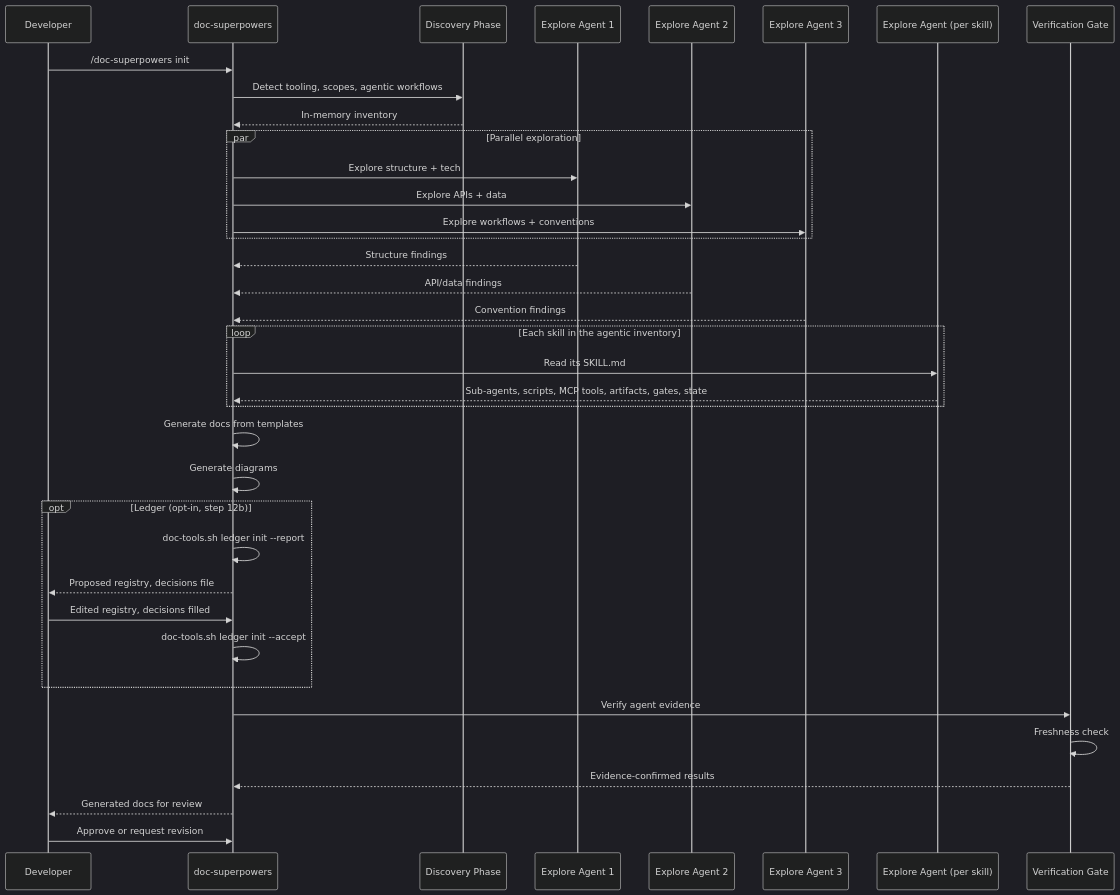
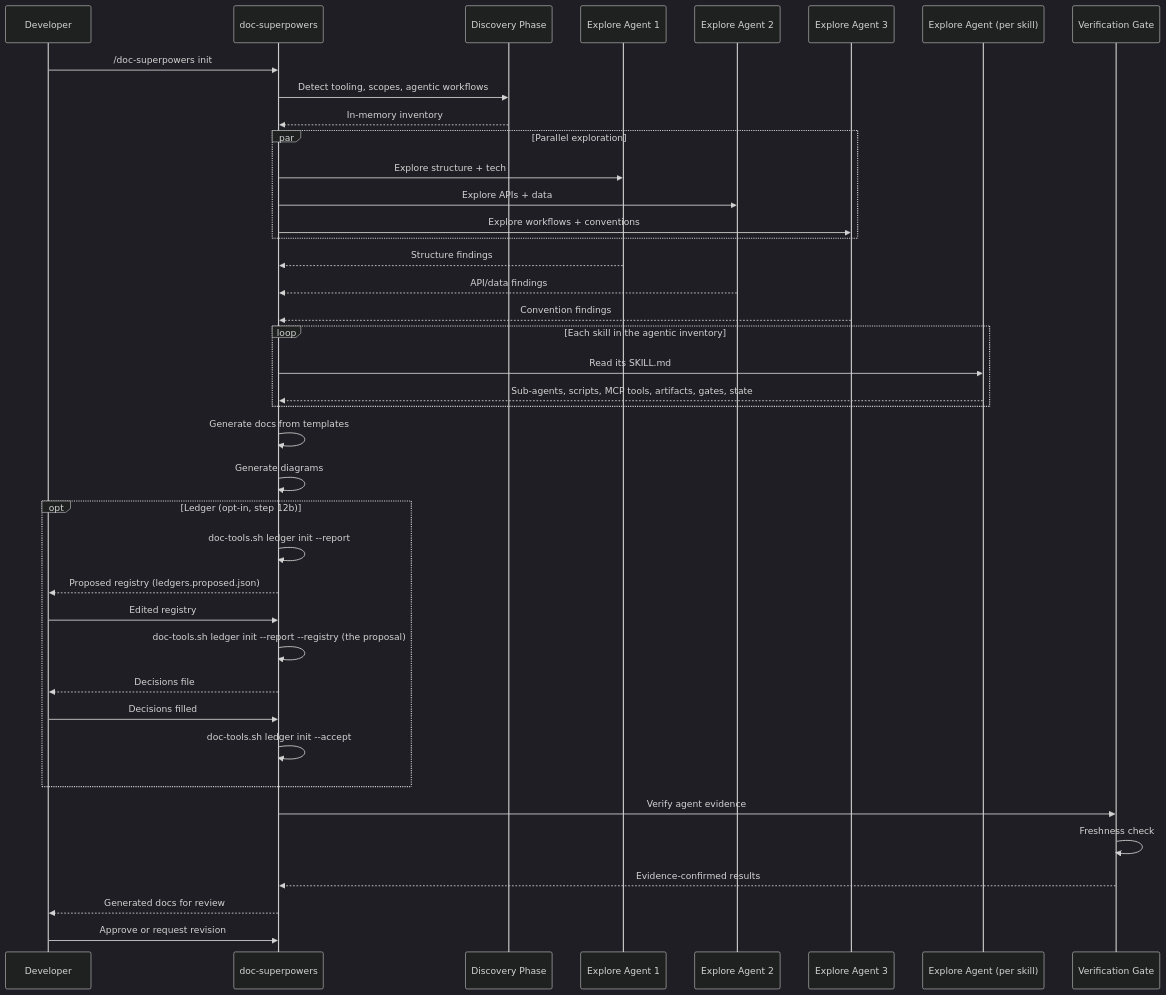
The tenth of 11 diagrams in docs/workflows/doc-superpowers.md (woodrowpearson/doc-superpowers), drawn with Mermaid (dark theme) before and after one commit. The commit also changed other lines of this file and 12 other files, not shown here.

````diff
--- a/docs/workflows/doc-superpowers.md
+++ b/docs/workflows/doc-superpowers.md
@@ -965,45 +965,48 @@
 ```mermaid
 sequenceDiagram
   participant U as Developer
   participant SK as doc-superpowers
   participant D as Discovery Phase
   participant E1 as Explore Agent 1
   participant E2 as Explore Agent 2
   participant E3 as Explore Agent 3
   participant ES as Explore Agent (per skill)
   participant V as Verification Gate
 
   U->>SK: /doc-superpowers init
   SK->>D: Detect tooling, scopes, agentic workflows
   D-->>SK: In-memory inventory
 
   par Parallel exploration
     SK->>E1: Explore structure + tech
     SK->>E2: Explore APIs + data
     SK->>E3: Explore workflows + conventions
   end
   E1-->>SK: Structure findings
   E2-->>SK: API/data findings
   E3-->>SK: Convention findings
 
   loop Each skill in the agentic inventory
     SK->>ES: Read its SKILL.md
     ES-->>SK: Sub-agents, scripts, MCP tools, artifacts, gates, state
   end
 
   SK->>SK: Generate docs from templates
   SK->>SK: Generate diagrams
 
   opt Ledger (opt-in, step 12b)
     SK->>SK: doc-tools.sh ledger init --report
-    SK-->>U: Proposed registry, decisions file
-    U->>SK: Edited registry, decisions filled
+    SK-->>U: Proposed registry (ledgers.proposed.json)
+    U->>SK: Edited registry
+    SK->>SK: doc-tools.sh ledger init --report --registry (the proposal)
+    SK-->>U: Decisions file
+    U->>SK: Decisions filled
     SK->>SK: doc-tools.sh ledger init --accept
   end
 
   SK->>V: Verify agent evidence
   V->>V: Freshness check
   V-->>SK: Evidence-confirmed results
   SK-->>U: Generated docs for review
   U->>SK: Approve or request revision
 ```
````
